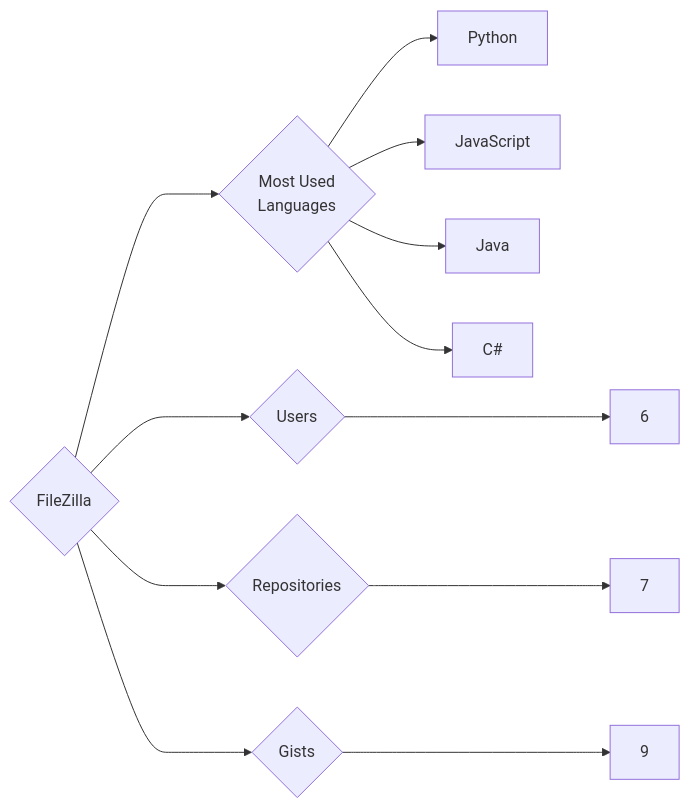
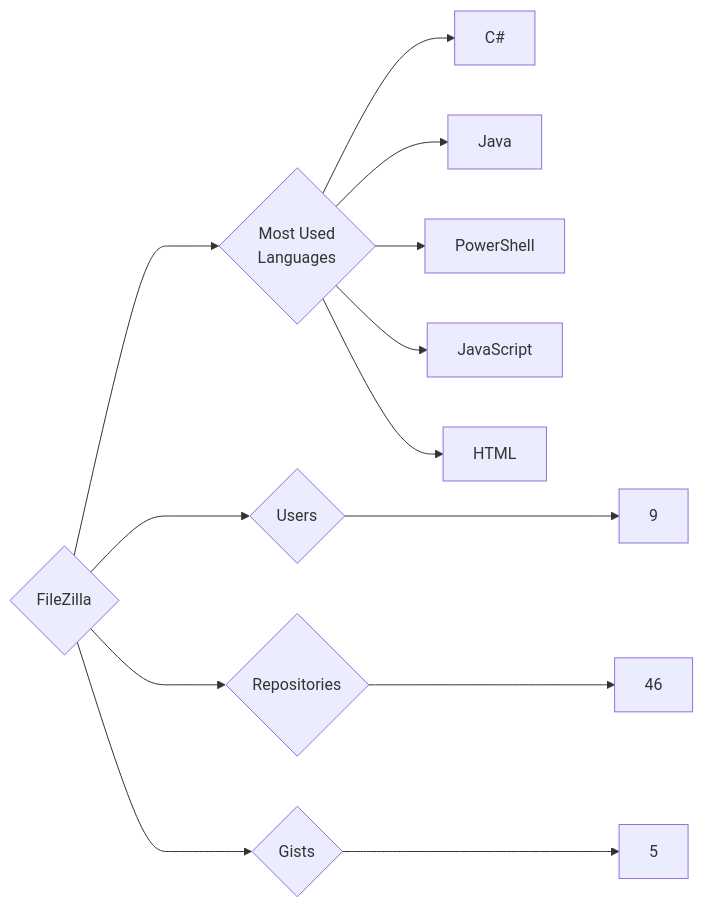
Before and after one commit to trickest/insiders: the diagram in targets/FileZilla/README.md, drawn with Mermaid. The commit also changed 1167 other files, not shown here.

````diff
--- a/targets/FileZilla/README.md
+++ b/targets/FileZilla/README.md
@@ -3,12 +3,13 @@
 ```mermaid
 graph LR
 COMPANY_NAME{FileZilla}
-COMPANY_NAME ---> U{Users} ---> UN[6]
-COMPANY_NAME ---> R{Repositories} ---> RN[7]
-COMPANY_NAME ---> G{Gists} ---> GN[9]
+COMPANY_NAME ---> U{Users} ---> UN[9]
+COMPANY_NAME ---> R{Repositories} ---> RN[46]
+COMPANY_NAME ---> G{Gists} ---> GN[5]
 COMPANY_NAME ---> ML{Most Used<br>Languages}
-ML --> Python[Python]
+ML --> C#[C#]
+ML --> Java[Java]
+ML --> PowerShell[PowerShell]
 ML --> JavaScript[JavaScript]
-ML --> Java[Java]
-ML --> C#[C#]
+ML --> HTML[HTML]
 ```
````
